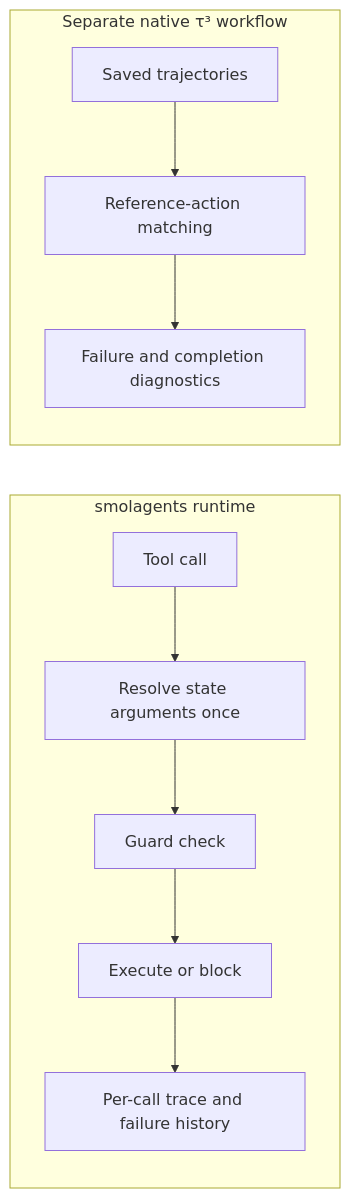
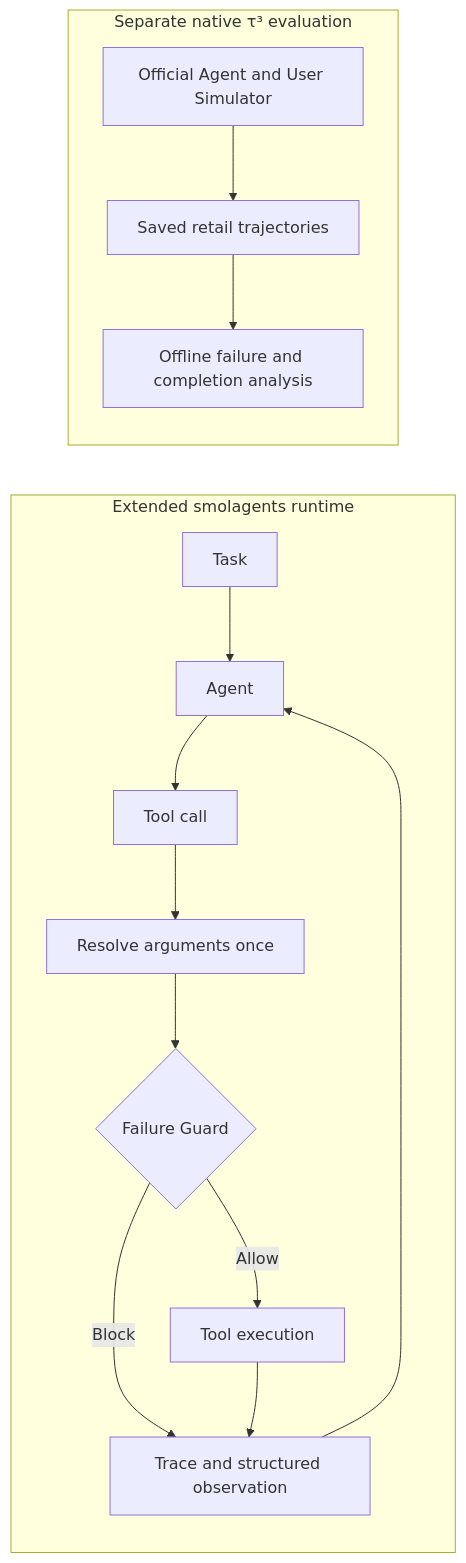
The diagram in README.md (Kk111777/ReliableToolAgent), drawn with Mermaid before and after one commit. The commit also changed other lines of this file and 5 other files, not shown here.

````diff
--- a/README.md
+++ b/README.md
@@ -35,13 +52,17 @@
 ```mermaid
 flowchart LR
-    subgraph Runtime[smolagents runtime]
-        A[Tool call] --> B[Resolve state arguments once]
-        B --> C[Guard check]
-        C --> D[Execute or block]
-        D --> E[Per-call trace and failure history]
+    subgraph Runtime[Extended smolagents runtime]
+        T[Task] --> A[Agent]
+        A --> C[Tool call]
+        C --> R[Resolve arguments once]
+        R --> G{Failure Guard}
+        G -->|Allow| E[Tool execution]
+        G -->|Block| O[Trace and structured observation]
+        E --> O
+        O --> A
     end
-    subgraph Study[Separate native τ³ workflow]
-        F[Saved trajectories] --> G[Reference-action matching]
-        G --> H[Failure and completion diagnostics]
+    subgraph Retail[Separate native τ³ evaluation]
+        N[Official Agent and User Simulator] --> S[Saved retail trajectories]
+        S --> D[Offline failure and completion analysis]
     end
 ```
````
